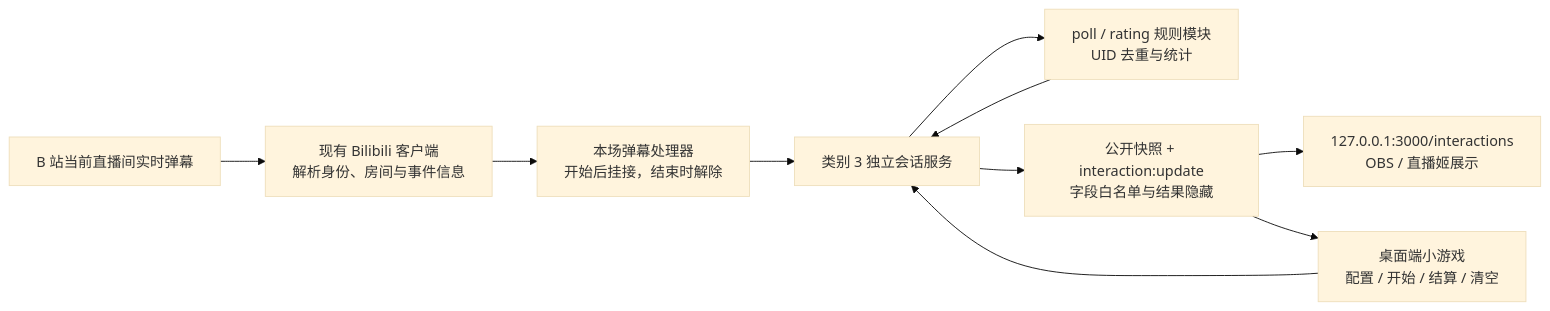
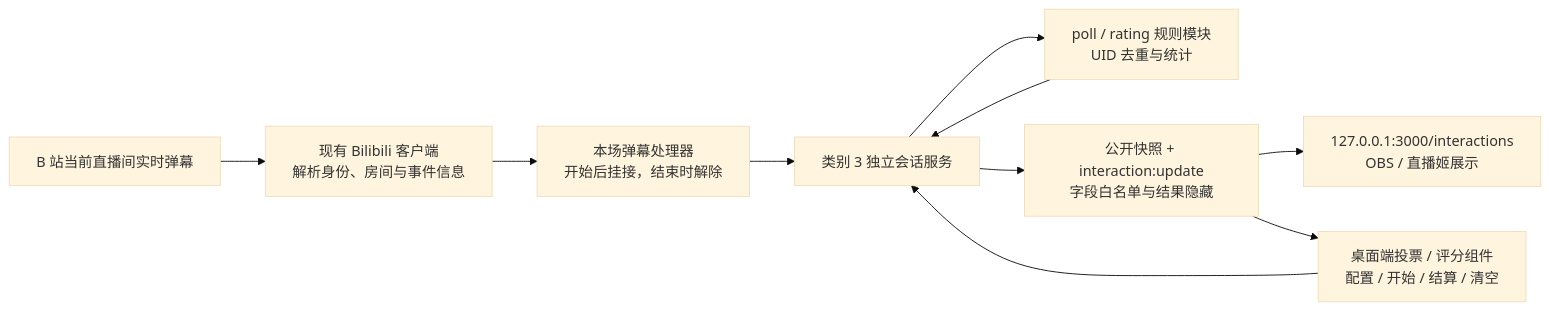
The diagram in specs/games-poll-rating_design.md (AuroraWhisperer/LIRA), drawn with Mermaid (base theme) before and after one commit. The commit also changed other lines of this file and 203 other files, not shown here.

````diff
--- a/specs/games-poll-rating_design.md
+++ b/specs/games-poll-rating_design.md
@@ -229,12 +229,12 @@
 ```mermaid
 flowchart LR
   B["B 站当前直播间实时弹幕"] --> C["现有 Bilibili 客户端\n解析身份、房间与事件信息"]
   C --> I["本场弹幕处理器\n开始后挂接，结束时解除"]
-  A["桌面端小游戏\n配置 / 开始 / 结算 / 清空"] --> S["类别 3 独立会话服务"]
+  A["桌面端投票 / 评分组件\n配置 / 开始 / 结算 / 清空"] --> S["类别 3 独立会话服务"]
   I --> S
   S --> P["poll / rating 规则模块\nUID 去重与统计"]
   P --> S
   S --> W["公开快照 + interaction:update\n字段白名单与结果隐藏"]
   W --> O["127.0.0.1:3000/interactions\nOBS / 直播姬展示"]
   W --> A
 ```
````
